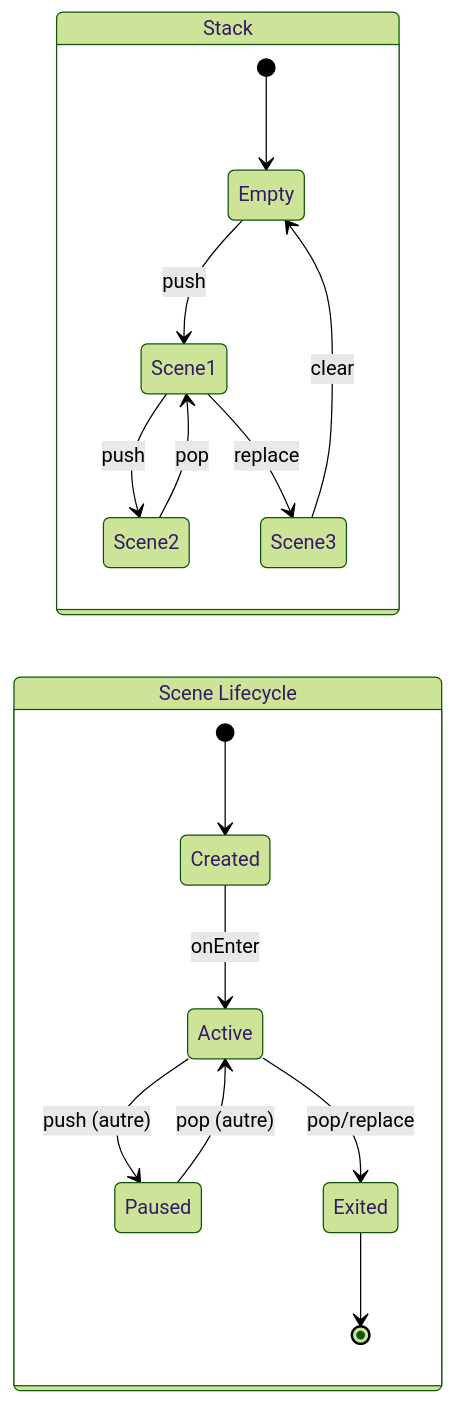
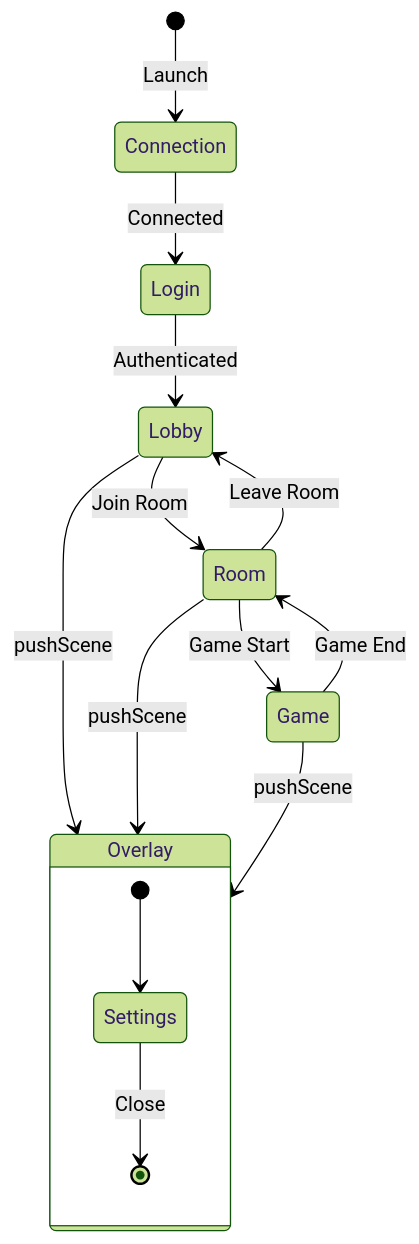
One commit to ChrisG-L/rtype changed the diagram in docs/api/client/scene-manager.md. Above: the diagram before and after it, drawn with Mermaid (forest theme). The commit also changed other lines of this file and 29 other files, not shown here.

````diff
--- a/docs/api/client/scene-manager.md
+++ b/docs/api/client/scene-manager.md
@@ -282,22 +214,19 @@
 ```mermaid
 stateDiagram-v2
-    direction LR
+    [*] --> Connection: Launch
+    Connection --> Login: Connected
+    Login --> Lobby: Authenticated
+    Lobby --> Room: Join Room
+    Room --> Game: Game Start
+    Game --> Room: Game End
+    Room --> Lobby: Leave Room
 
-    state Stack {
-        [*] --> Empty
-        Empty --> Scene1: push
-        Scene1 --> Scene2: push
-        Scene2 --> Scene1: pop
-        Scene1 --> Scene3: replace
-        Scene3 --> Empty: clear
+    state Overlay {
+        [*] --> Settings
+        Settings --> [*]: Close
     }
 
-    state "Scene Lifecycle" as Lifecycle {
-        [*] --> Created
-        Created --> Active: onEnter
-        Active --> Paused: push (autre)
-        Paused --> Active: pop (autre)
-        Active --> Exited: pop/replace
-        Exited --> [*]
-    }
+    Lobby --> Overlay: pushScene
+    Room --> Overlay: pushScene
+    Game --> Overlay: pushScene
 ```
````
